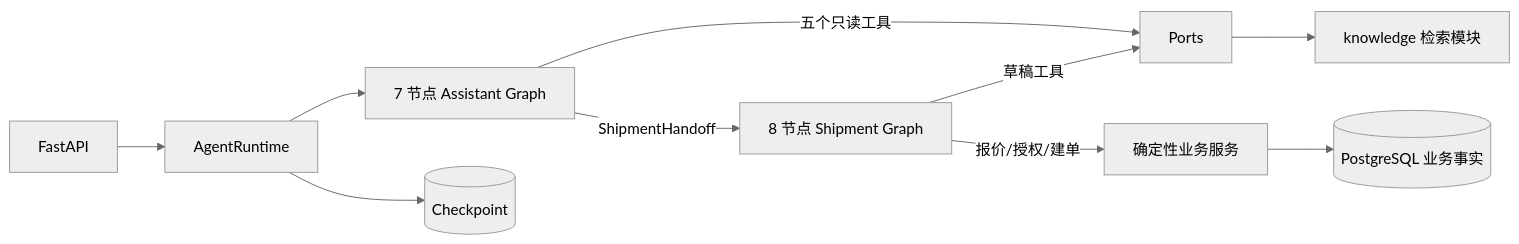
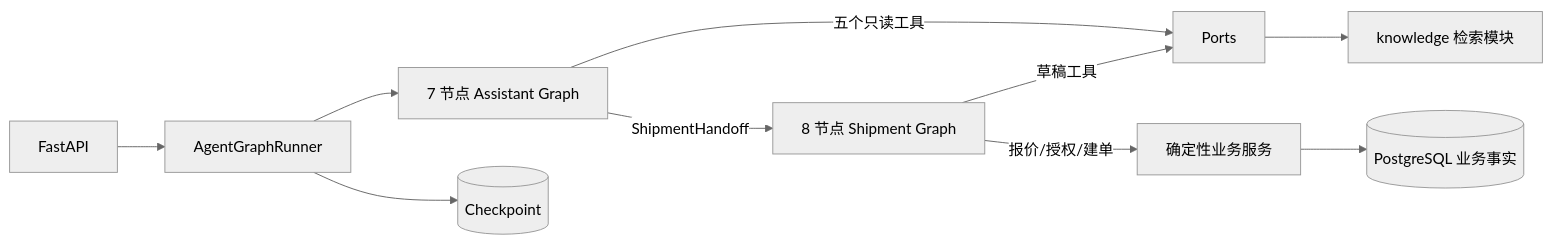
Before and after one commit to Youngshiqi/yitu: the diagram in docs/agent-rag-architecture.md, drawn with Mermaid (neutral theme). The commit also changed 11 other files, not shown here.

````diff
--- a/docs/agent-rag-architecture.md
+++ b/docs/agent-rag-architecture.md
@@ -5,12 +5,12 @@
 ```mermaid
 flowchart LR
-    API[FastAPI] --> RT[AgentRuntime]
+    API[FastAPI] --> RT[AgentGraphRunner]
     RT --> ROOT[7 节点 Assistant Graph]
     ROOT -->|五个只读工具| PORTS[Ports]
     ROOT -->|ShipmentHandoff| CHILD[8 节点 Shipment Graph]
     CHILD -->|草稿工具| PORTS
     CHILD -->|报价/授权/建单| DOMAIN[确定性业务服务]
     PORTS --> KNOW[knowledge 检索模块]
     RT --> CP[(Checkpoint)]
     DOMAIN --> PG[(PostgreSQL 业务事实)]
 ```
````
